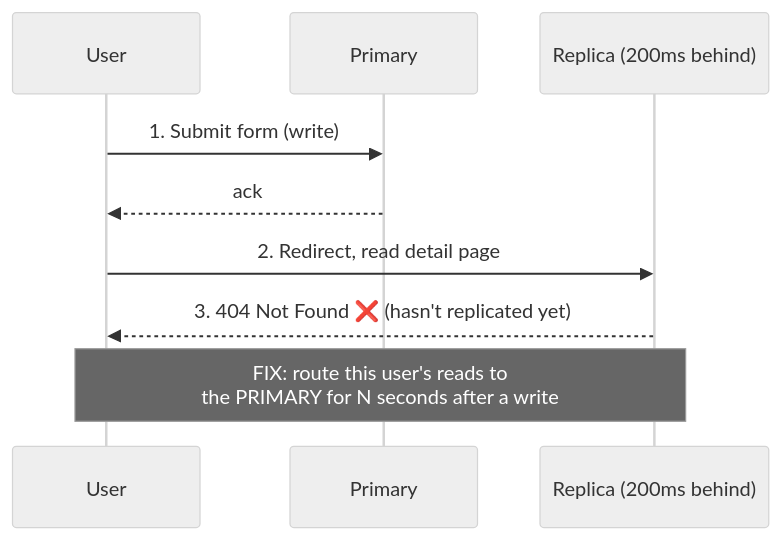
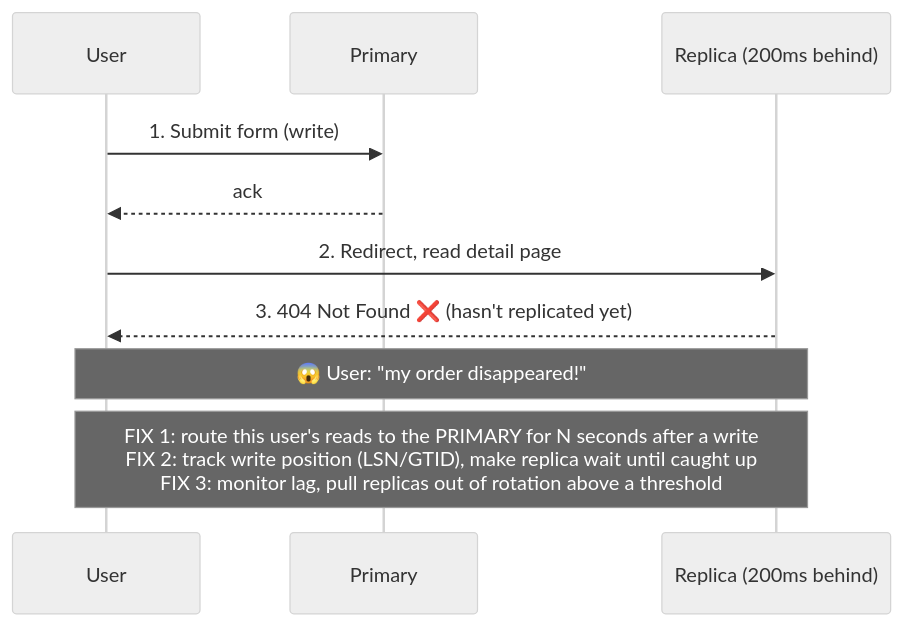
Diagram 12 of 27 in 05-system-design/00-fundamentals.md (stormdigger/Interviewzz), drawn with Mermaid (neutral theme) before and after one commit. The commit also changed other lines of this file and 5 other files, not shown here.

````diff
--- a/05-system-design/00-fundamentals.md
+++ b/05-system-design/00-fundamentals.md
@@ -436,12 +385,13 @@
 ```mermaid
 sequenceDiagram
     participant U as User
     participant P as Primary
     participant R as Replica (200ms behind)
 
     U->>P: 1. Submit form (write)
     P-->>U: ack
     U->>R: 2. Redirect, read detail page
     R-->>U: 3. 404 Not Found ❌ (hasn't replicated yet)
-    Note over U,R: FIX: route this user's reads to<br/>the PRIMARY for N seconds after a write
+    Note over U,R: 😱 User: "my order disappeared!"
+    Note over U,R: FIX 1: route this user's reads to the PRIMARY for N seconds after a write<br/>FIX 2: track write position (LSN/GTID), make replica wait until caught up<br/>FIX 3: monitor lag, pull replicas out of rotation above a threshold
 ```
````
